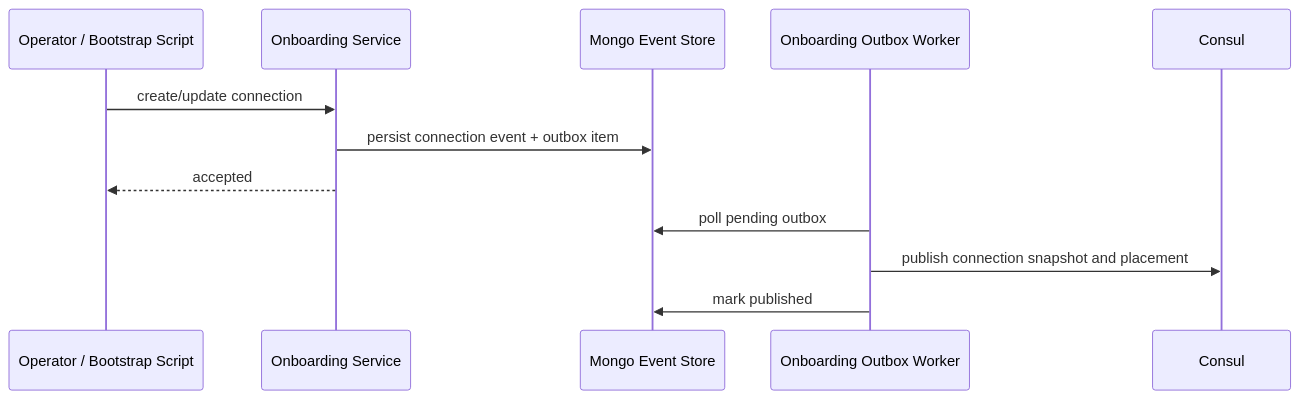
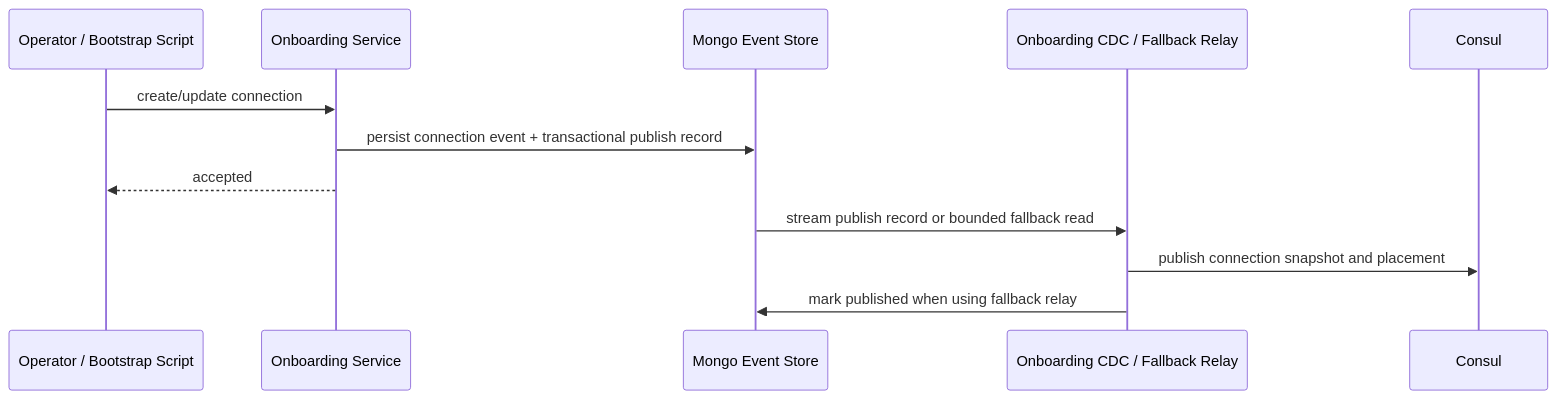
Before and after one commit to tuannm99/podzone: the eighth of 9 diagrams in docs/architecture/sequences.md, drawn with Mermaid. The commit also changed other lines of this file and 15 other files, not shown here.

Commit message:
fix(vibe): cdc connect for outbox streaming

````diff
--- a/docs/architecture/sequences.md
+++ b/docs/architecture/sequences.md
@@ -167,16 +168,16 @@
 ```mermaid
 sequenceDiagram
     participant Client as Operator / Bootstrap Script
     participant Onboarding as Onboarding Service
     participant Mongo as Mongo Event Store
-    participant Worker as Onboarding Outbox Worker
+    participant EventRelay as Onboarding CDC / Fallback Relay
     participant Consul as Consul
 
     Client->>Onboarding: create/update connection
-    Onboarding->>Mongo: persist connection event + outbox item
+    Onboarding->>Mongo: persist connection event + transactional publish record
     Onboarding-->>Client: accepted
 
-    Worker->>Mongo: poll pending outbox
-    Worker->>Consul: publish connection snapshot and placement
-    Worker->>Mongo: mark published
+    Mongo->>EventRelay: stream publish record or bounded fallback read
+    EventRelay->>Consul: publish connection snapshot and placement
+    EventRelay->>Mongo: mark published when using fallback relay
 ```
````
